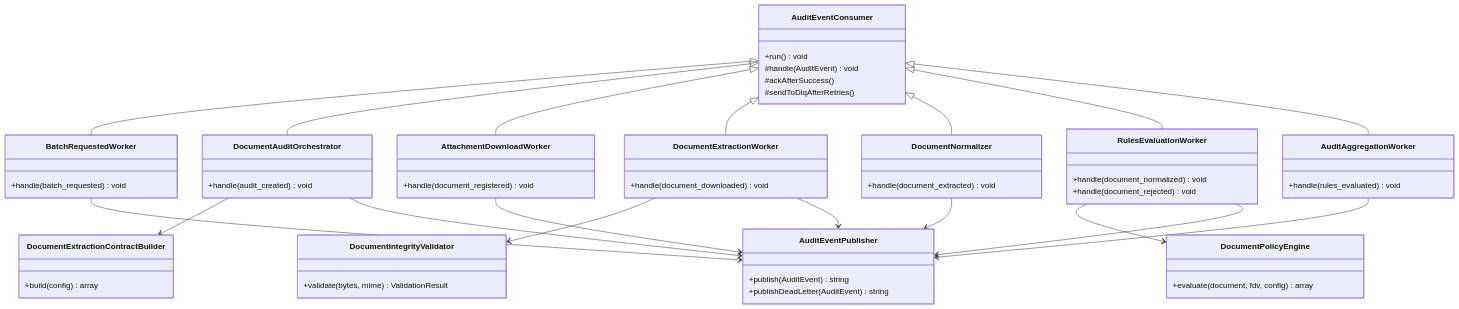
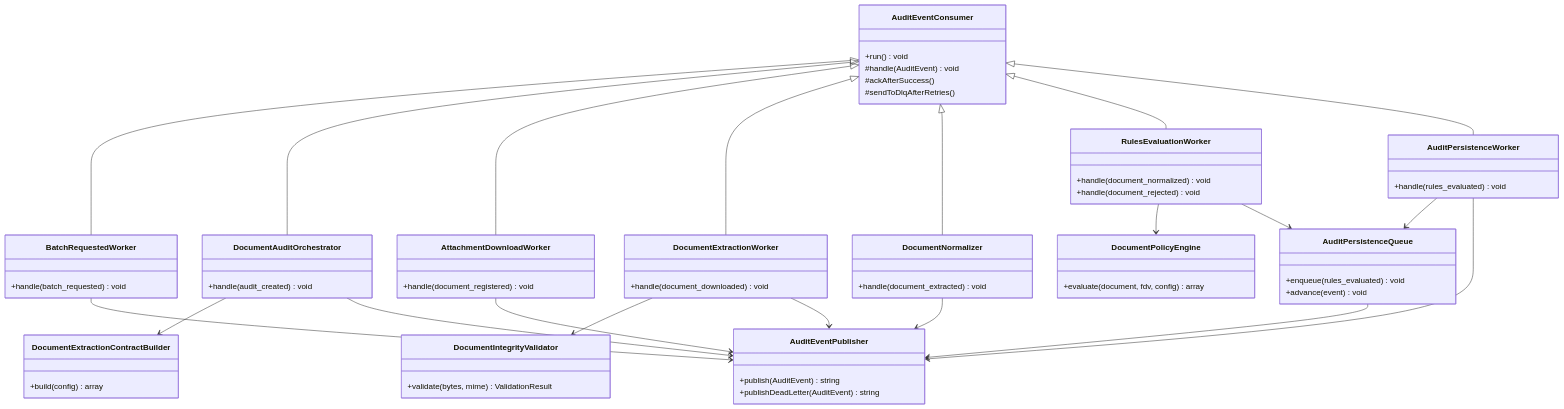
Before and after one commit to jfrem/AudFact: the fifth of 5 diagrams in plans/architecture-diagrams.md, drawn with Mermaid. The commit also changed other lines of this file and 128 other files, not shown here.

````diff
--- a/plans/architecture-diagrams.md
+++ b/plans/architecture-diagrams.md
@@ -169,73 +170,80 @@
 ```mermaid
 classDiagram
     class AuditEventPublisher {
         +publish(AuditEvent) string
         +publishDeadLetter(AuditEvent) string
     }
 
     class AuditEventConsumer {
         +run() void
         #handle(AuditEvent) void
         #ackAfterSuccess()
         #sendToDlqAfterRetries()
     }
 
     class BatchRequestedWorker {
         +handle(batch_requested) void
     }
 
     class DocumentAuditOrchestrator {
         +handle(audit_created) void
     }
 
     class DocumentExtractionContractBuilder {
         +build(config) array
     }
 
     class DocumentIntegrityValidator {
         +validate(bytes, mime) ValidationResult
     }
 
     class AttachmentDownloadWorker {
         +handle(document_registered) void
     }
 
     class DocumentExtractionWorker {
         +handle(document_downloaded) void
     }
 
     class DocumentNormalizer {
         +handle(document_extracted) void
     }
 
     class RulesEvaluationWorker {
         +handle(document_normalized) void
         +handle(document_rejected) void
     }
 
     class DocumentPolicyEngine {
         +evaluate(document, fdv, config) array
     }
 
-    class AuditAggregationWorker {
+    class AuditPersistenceQueue {
+        +enqueue(rules_evaluated) void
+        +advance(event) void
+    }
+
+    class AuditPersistenceWorker {
         +handle(rules_evaluated) void
     }
 
     AuditEventConsumer <|-- BatchRequestedWorker
     AuditEventConsumer <|-- DocumentAuditOrchestrator
     AuditEventConsumer <|-- AttachmentDownloadWorker
     AuditEventConsumer <|-- DocumentExtractionWorker
     AuditEventConsumer <|-- DocumentNormalizer
     AuditEventConsumer <|-- RulesEvaluationWorker
-    AuditEventConsumer <|-- AuditAggregationWorker
+    AuditEventConsumer <|-- AuditPersistenceWorker
     DocumentAuditOrchestrator --> DocumentExtractionContractBuilder
     DocumentExtractionWorker --> DocumentIntegrityValidator
     RulesEvaluationWorker --> DocumentPolicyEngine
     BatchRequestedWorker --> AuditEventPublisher
     DocumentAuditOrchestrator --> AuditEventPublisher
     AttachmentDownloadWorker --> AuditEventPublisher
     DocumentExtractionWorker --> AuditEventPublisher
     DocumentNormalizer --> AuditEventPublisher
-    RulesEvaluationWorker --> AuditEventPublisher
-    AuditAggregationWorker --> AuditEventPublisher
+    RulesEvaluationWorker --> AuditPersistenceQueue
+    AuditPersistenceQueue --> AuditEventPublisher
+    AuditPersistenceWorker --> AuditPersistenceQueue
+    AuditPersistenceWorker --> AuditEventPublisher
 ```
````
